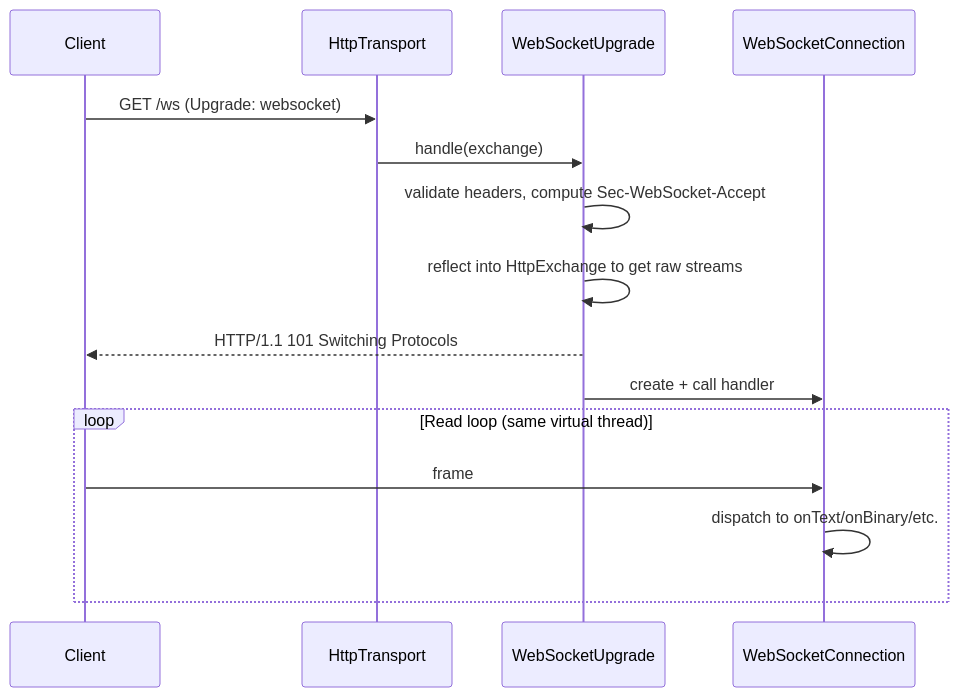
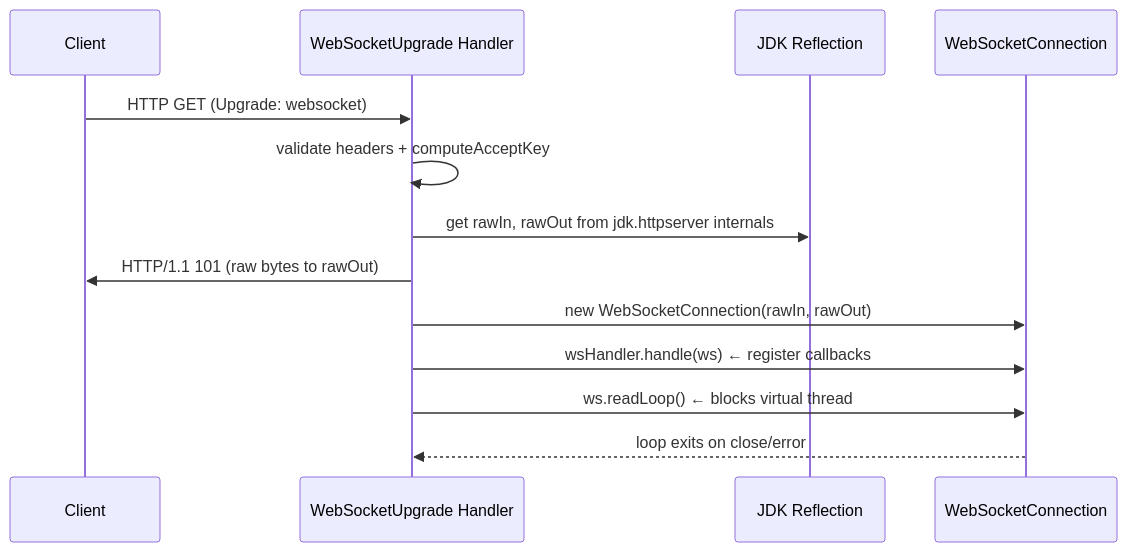
One commit to deer/serve.build changed the fourth of 4 diagrams in docs/CODEBASE_MAP.md. Above: the diagram before and after it, drawn with Mermaid. The commit also changed other lines of this file and 3 other files, not shown here.

````diff
--- a/docs/CODEBASE_MAP.md
+++ b/docs/CODEBASE_MAP.md
@@ -804,18 +679,16 @@
 ```mermaid
 sequenceDiagram
     participant Client
-    participant HttpTransport
-    participant WebSocketUpgrade
-    participant WebSocketConnection
+    participant Handler as WebSocketUpgrade Handler
+    participant Reflect as JDK Reflection
+    participant WS as WebSocketConnection
 
-    Client->>HttpTransport: GET /ws (Upgrade: websocket)
-    HttpTransport->>WebSocketUpgrade: handle(exchange)
-    WebSocketUpgrade->>WebSocketUpgrade: validate headers, compute Sec-WebSocket-Accept
-    WebSocketUpgrade->>WebSocketUpgrade: reflect into HttpExchange to get raw streams
-    WebSocketUpgrade-->>Client: HTTP/1.1 101 Switching Protocols
-    WebSocketUpgrade->>WebSocketConnection: create + call handler
-    loop Read loop (same virtual thread)
-        Client->>WebSocketConnection: frame
-        WebSocketConnection->>WebSocketConnection: dispatch to onText/onBinary/etc.
-    end
+    Client->>Handler: HTTP GET (Upgrade: websocket)
+    Handler->>Handler: validate headers + computeAcceptKey
+    Handler->>Reflect: get rawIn, rawOut from jdk.httpserver internals
+    Handler->>Client: HTTP/1.1 101 (raw bytes to rawOut)
+    Handler->>WS: new WebSocketConnection(rawIn, rawOut)
+    Handler->>WS: wsHandler.handle(ws) ← register callbacks
+    Handler->>WS: ws.readLoop() ← blocks virtual thread
+    WS-->>Handler: loop exits on close/error
 ```
````
